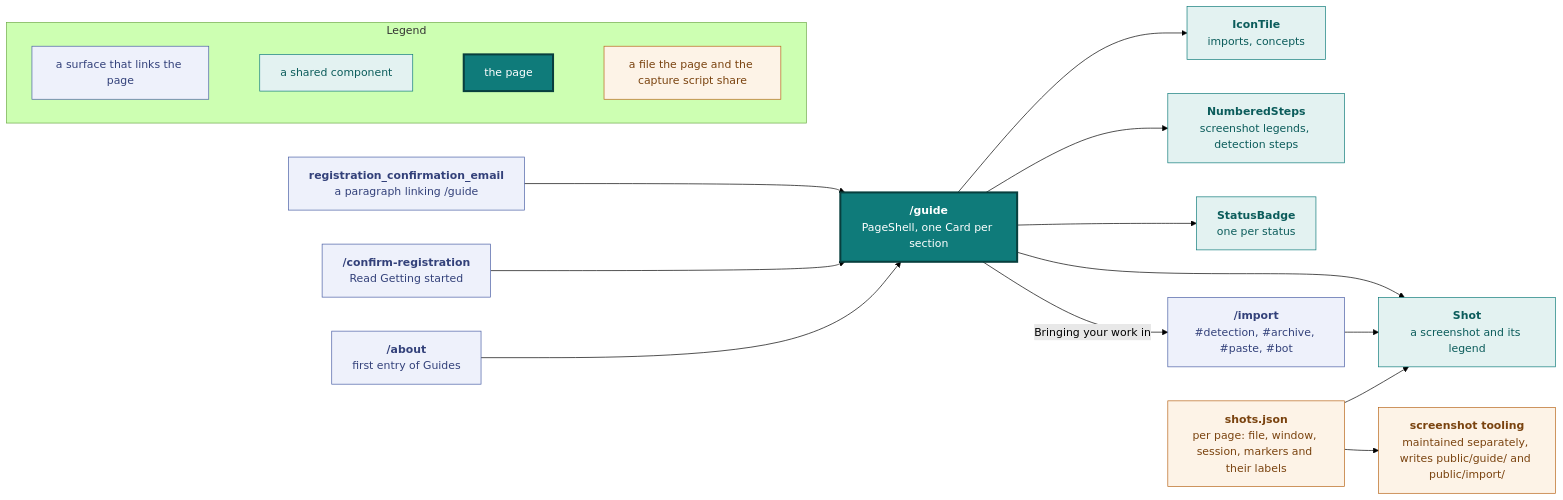
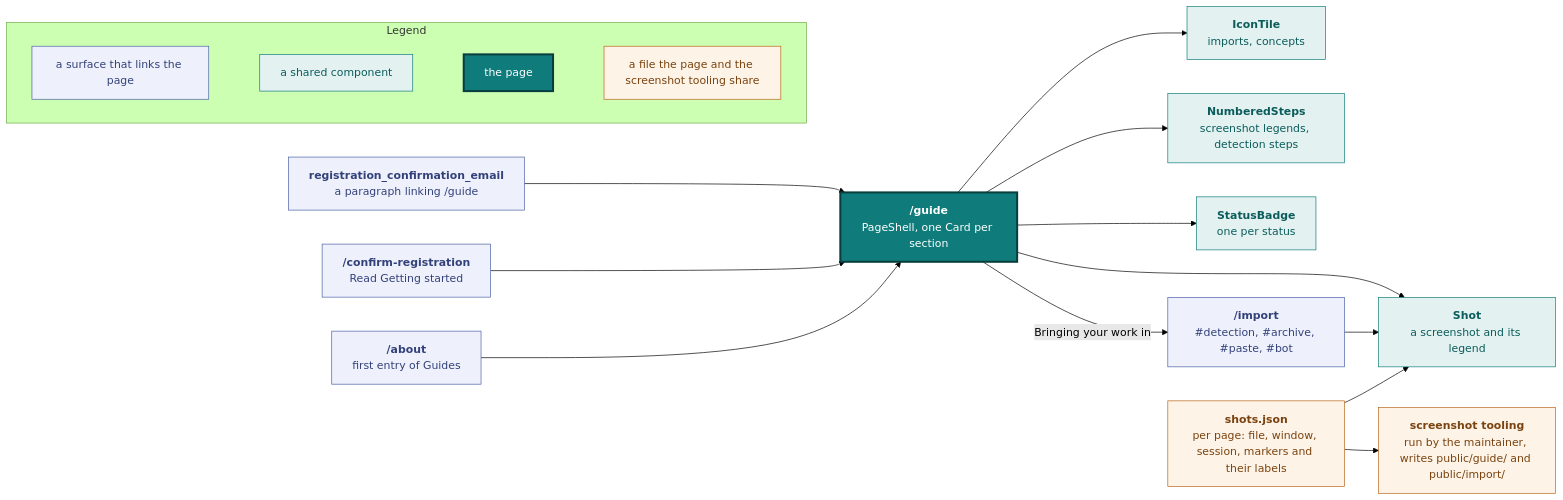
One commit to vidithq/vidit changed the third of 12 diagrams in docs/design.md. Above: the diagram before and after it, drawn with Mermaid (forest theme). The commit also changed other lines of this file and 47 other files, not shown here.

````diff
--- a/docs/design.md
+++ b/docs/design.md
@@ -364,51 +364,51 @@
 ```mermaid
 flowchart LR
   classDef spec fill:#eef1fb,stroke:#4a5fa5,color:#33417a
   classDef shared fill:#e3f2f1,stroke:#0f7b7a,color:#0b5c5b
   classDef core fill:#0f7b7a,stroke:#083f3e,stroke-width:3px,color:#ffffff
   classDef data fill:#fdf3e7,stroke:#b8661a,color:#7a430f
 
   subgraph legend [Legend]
     direction LR
     l1["`a surface that links the page`"]:::spec
     l2["`a shared component`"]:::shared
     l3["`the page`"]:::core
-    l4["`a file the page and the capture script share`"]:::data
+    l4["`a file the page and the screenshot tooling share`"]:::data
     l1 ~~~ l2 ~~~ l3 ~~~ l4
   end
 
   email["`**registration_confirmation_email**
   a paragraph linking /guide`"]:::spec
   confirm["`**/confirm-registration**
   Read Getting started`"]:::spec
   about["`**/about**
   first entry of Guides`"]:::spec
   page["`**/guide**
   PageShell, one Card per section`"]:::core
   tiles["`**IconTile**
   imports, concepts`"]:::shared
   steps["`**NumberedSteps**
   screenshot legends, detection steps`"]:::shared
   badge["`**StatusBadge**
   one per status`"]:::shared
   shot["`**Shot**
   a screenshot and its legend`"]:::shared
   shots["`**shots.json**
   per page: file, window, session, markers and their labels`"]:::data
   script["`**screenshot tooling**
-  maintained separately, writes public/guide/ and public/import/`"]:::data
+  run by the maintainer, writes public/guide/ and public/import/`"]:::data
   imp["`**/import**
   #detection, #archive, #paste, #bot`"]:::spec
 
   email --> page
   confirm --> page
   about --> page
   page --> tiles
   page --> steps
   page --> badge
   page --> shot
   imp --> shot
   shots --> shot
   shots --> script
   page -->|"Bringing your work in"| imp
 ```
````
